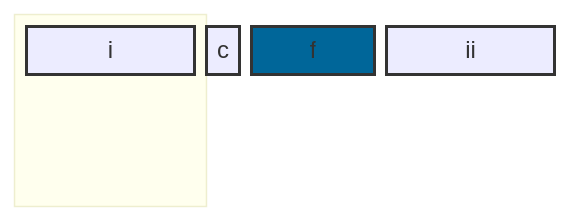
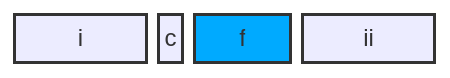
One commit to tick-engineloop/tick-engineloop.github.io changed the second of 3 diagrams in _posts/2024-07-16-Cpp-LearnCpp-MemoryAlignment.md. Above: the diagram before and after it, drawn with Mermaid. The commit also changed other lines of this file, not shown here.

````diff
--- a/_posts/2024-07-16-Cpp-LearnCpp-MemoryAlignment.md
+++ b/_posts/2024-07-16-Cpp-LearnCpp-MemoryAlignment.md
@@ -53,15 +51,13 @@
 ```mermaid
 block-beta
-    block:ID
-        columns 12
-            i:4
-            c:1
-            f:3
-            ii:4
-    end
+    columns 12
+        i:4
+        c:1
+        f:3
+        ii:4
 
 style i stroke:#333,stroke-width:2px
 style c stroke:#333,stroke-width:2px
-style f fill:#069,stroke:#333,stroke-width:2px
+style f fill:#0af,stroke:#333,stroke-width:2px
 style ii stroke:#333,stroke-width:2px
 ```
````
